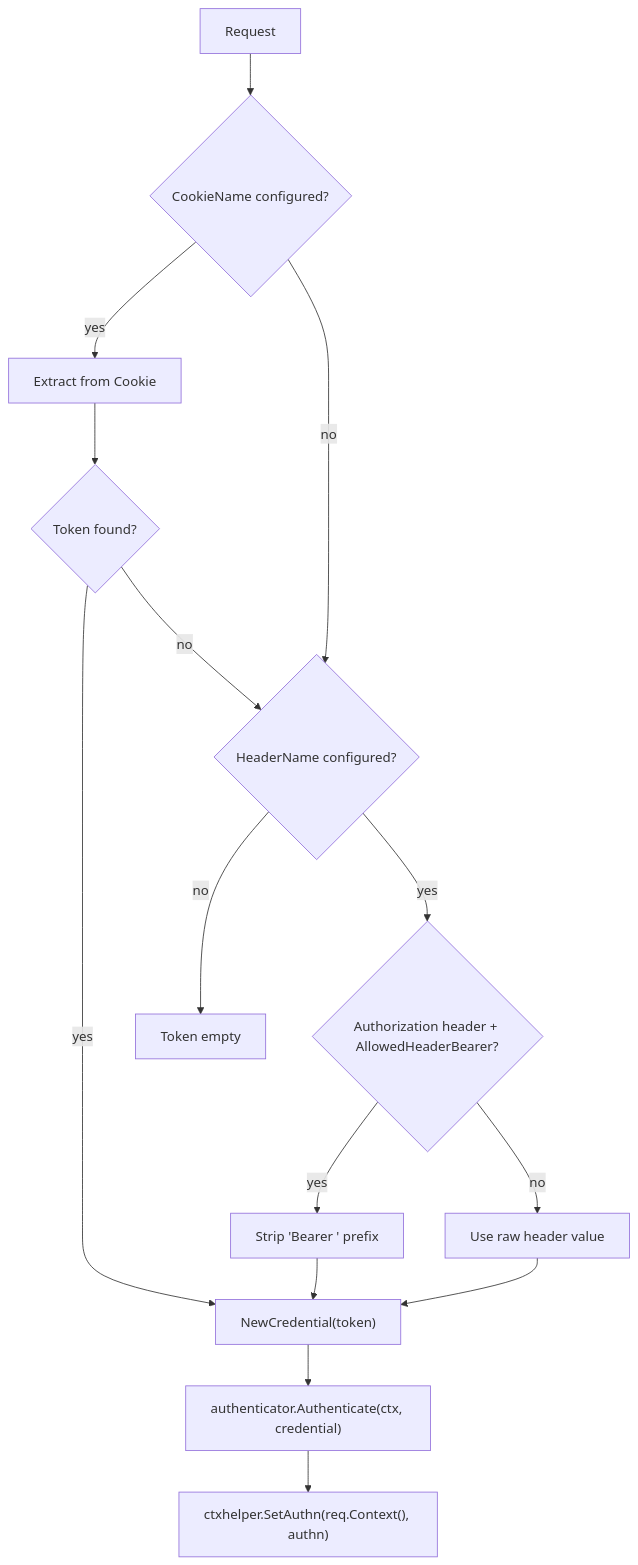
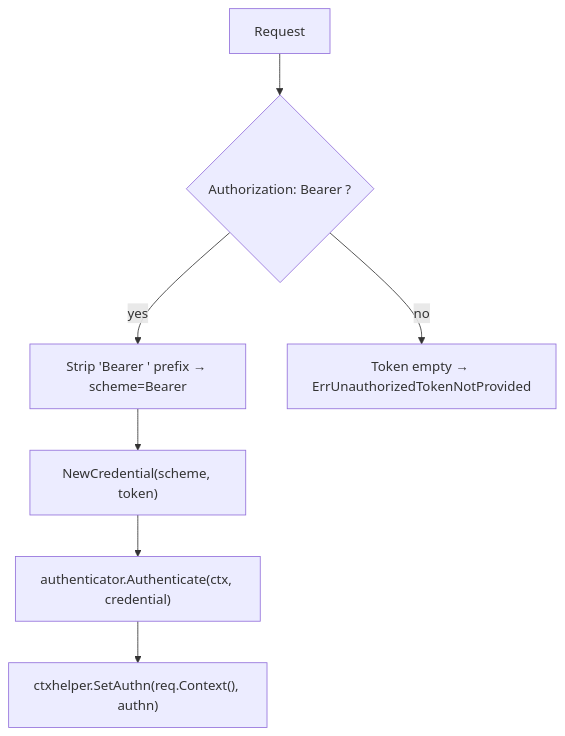
Before and after one commit to Tomy-ch/go-boilerplate: the first of 2 diagrams in docs/portal/guides/controller-httpstack-oapi-auth.md, drawn with Mermaid. The commit also changed other lines of this file and 498 other files, not shown here.

````diff
--- a/docs/portal/guides/controller-httpstack-oapi-auth.md
+++ b/docs/portal/guides/controller-httpstack-oapi-auth.md
@@ -9,26 +9,15 @@
 ```mermaid
 flowchart TB
     Start["Request"]
-    Cookie{"CookieName configured?"}
-    CookieVal["Extract from Cookie"]
-    HasValue{"Token found?"}
-    Header{"HeaderName configured?"}
-    IsAuth{"Authorization header + AllowedHeaderBearer?"}
-    StripBearer["Strip 'Bearer ' prefix"]
-    RawHeader["Use raw header value"]
-    NoToken["Token empty"]
-    Credential["NewCredential(token)"]
+    IsBearer{"Authorization: Bearer <token>?"}
+    StripBearer["Strip 'Bearer ' prefix → scheme=Bearer"]
+    NoToken["Token empty → ErrUnauthorizedTokenNotProvided"]
+    Credential["NewCredential(scheme, token)"]
     Authenticate["authenticator.Authenticate(ctx, credential)"]
     StoreAuthn["ctxhelper.SetAuthn(req.Context(), authn)"]
 
-    Start --> Cookie
-    Cookie -- yes --> CookieVal --> HasValue
-    HasValue -- yes --> Credential
-    HasValue -- no --> Header
-    Cookie -- no --> Header
-    Header -- yes --> IsAuth
-    IsAuth -- yes --> StripBearer --> Credential
-    IsAuth -- no --> RawHeader --> Credential
-    Header -- no --> NoToken
+    Start --> IsBearer
+    IsBearer -- yes --> StripBearer --> Credential
+    IsBearer -- no --> NoToken
     Credential --> Authenticate --> StoreAuthn
 ```
````
